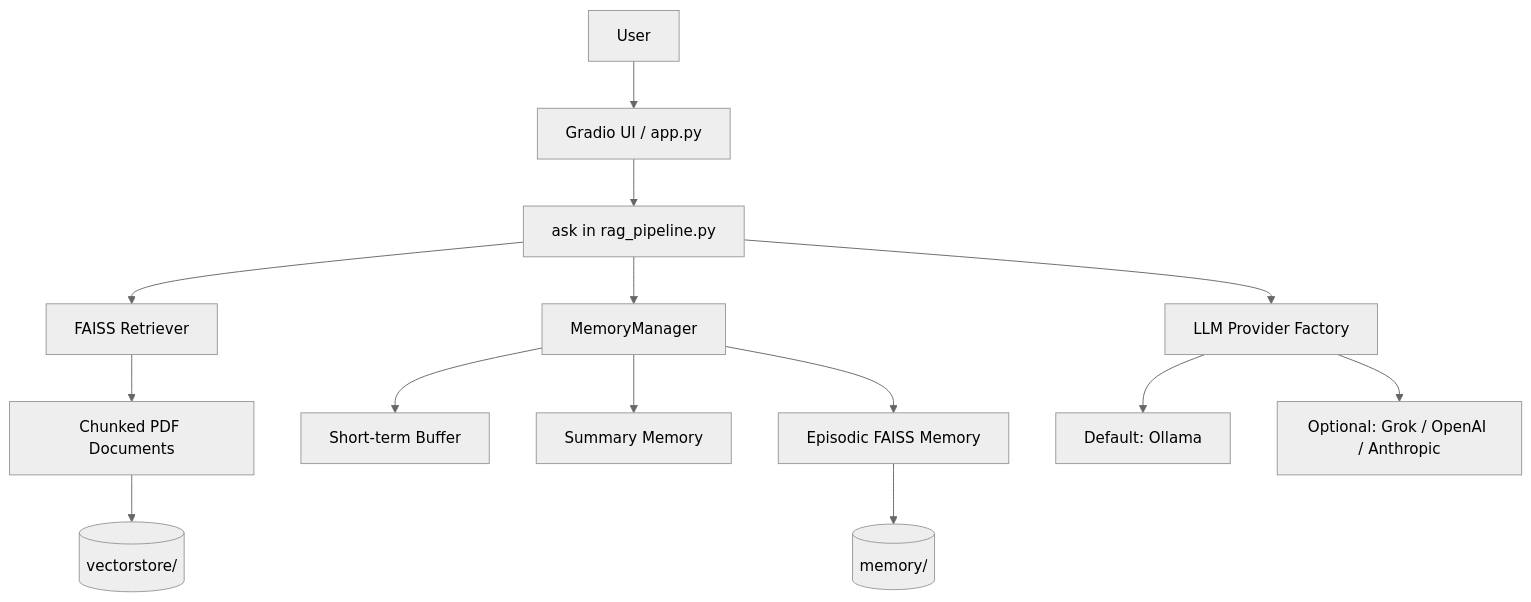
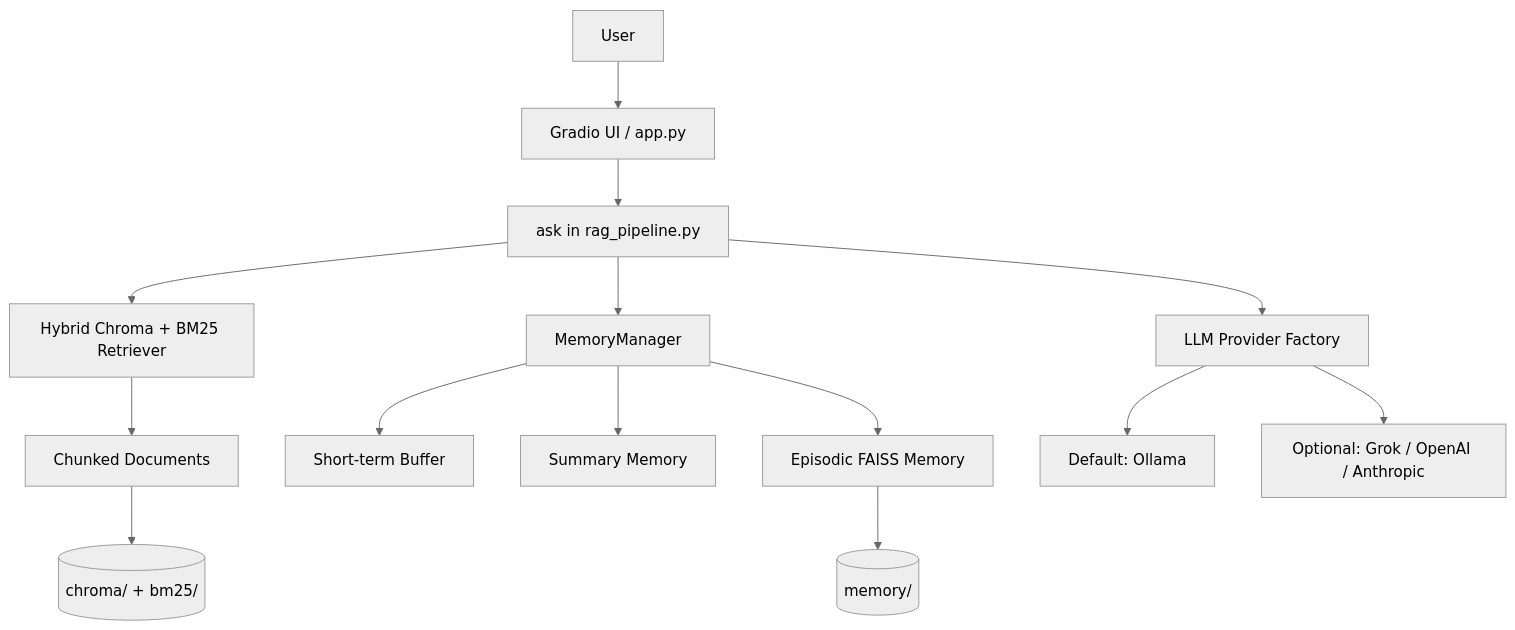
One commit to qasim233/docforge-rag changed the diagram in README.md. Above: the diagram before and after it, drawn with Mermaid (neutral theme). The commit also changed other lines of this file and 4 other files, not shown here.

````diff
--- a/README.md
+++ b/README.md
@@ -26,16 +26,16 @@
 ```mermaid
 flowchart TD
     U[User] --> UI[Gradio UI / app.py]
     UI --> P[ask in rag_pipeline.py]
-    P --> R[FAISS Retriever]
+    P --> R[Hybrid Chroma + BM25 Retriever]
     P --> M[MemoryManager]
     P --> L[LLM Provider Factory]
-    R --> D[Chunked PDF Documents]
+    R --> D[Chunked Documents]
     M --> C[Short-term Buffer]
     M --> S[Summary Memory]
     M --> E[Episodic FAISS Memory]
     L --> O[Default: Ollama]
     L --> X[Optional: Grok / OpenAI / Anthropic]
-    D --> V[(vectorstore/)]
+    D --> V[(chroma/ + bm25/)]
     E --> F[(memory/)]
 ```
````
